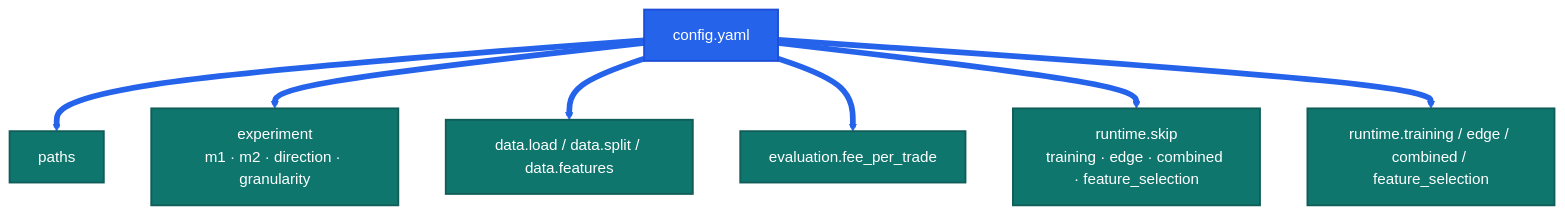
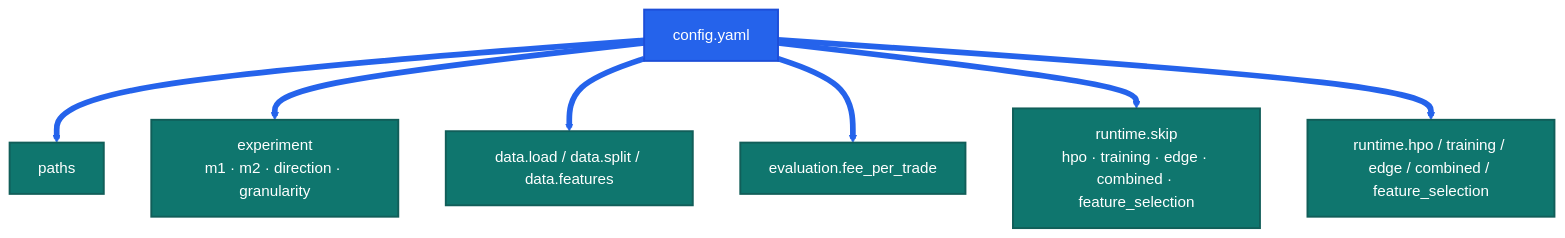
Before and after one commit to Pablo-Molla-Charlez/SecondaryModel: the second of 4 diagrams in README.md, drawn with Mermaid. The commit also changed other lines of this file, not shown here.

````diff
--- a/README.md
+++ b/README.md
@@ -62,15 +62,15 @@
 ```mermaid
 %%{init: {'theme': 'base', 'themeVariables': { 'primaryColor': '#2563eb', 'primaryBorderColor': '#1d4ed8', 'primaryTextColor': '#ffffff', 'secondaryColor': '#f59e0b', 'tertiaryColor': '#dcfce7', 'lineColor': '#0f172a', 'background': '#ffffff'}}}%%
 flowchart TD
     A[config.yaml] --> B[paths]
     A --> C[experiment<br/>m1 · m2 · direction · granularity]
     A --> D[data.load / data.split / data.features]
     A --> E[evaluation.fee_per_trade]
-    A --> F[runtime.skip<br/>training · edge · combined · feature_selection]
-    A --> G[runtime.training / edge / combined / feature_selection]
+    A --> F[runtime.skip<br/>hpo · training · edge · combined · feature_selection]
+    A --> G[runtime.hpo / training / edge / combined / feature_selection]
     classDef root fill:#2563eb,stroke:#1d4ed8,color:#ffffff,stroke-width:2px;
     classDef group fill:#0f766e,stroke:#115e59,color:#ffffff,stroke-width:2px;
     class A root;
     class B,C,D,E,F,G group;
     linkStyle 0,1,2,3,4,5 stroke:#2563eb,stroke-width:6px;
 ```
````
